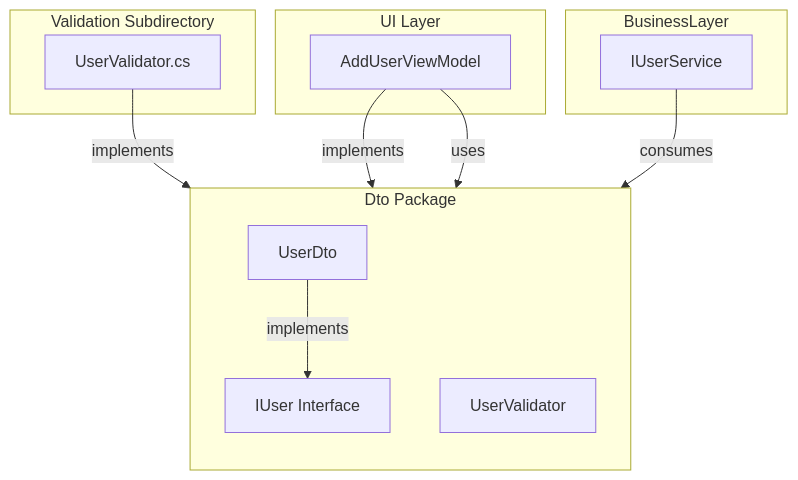
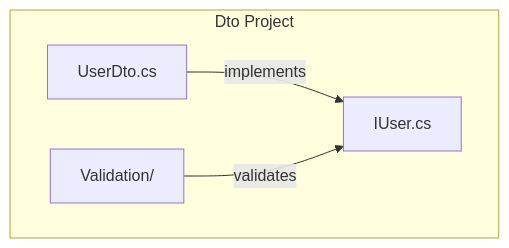
The diagram in doc/Dto.md (wetzlmaier-scch/mvvm), drawn with Mermaid before and after one commit. The commit also changed other lines of this file and 132 other files, not shown here.

````diff
--- a/doc/Dto.md
+++ b/doc/Dto.md
@@ -18,28 +20,11 @@
 ```mermaid
 flowchart TD
-    subgraph "Dto Package"
-        direction TB
-        IUser[IUser Interface]
-        UserDto[UserDto]
-        Validator[UserValidator]
-        
-        UserDto -->|implements| IUser
-    end
-    
-    subgraph "Validation Subdirectory"
-        ValidatorClass[UserValidator.cs]
-    end
-    
-    subgraph "BusinessLayer"
-        Service[IUserService]
-    end
-    
-    subgraph "UI Layer"
-        ViewModel[AddUserViewModel]
+    subgraph "Dto Project"
+        UD["UserDto.cs"]
+        IU["IUser.cs"]
+        V["Validation/"]
     end
 
-    ValidatorClass -->|implements| Validator
-    ViewModel -->|implements| IUser
-    ViewModel -->|uses| Validator
-    Service -->|consumes| UserDto
+    UD -->|implements| IU
+    V -->|validates| IU
 ```
````
